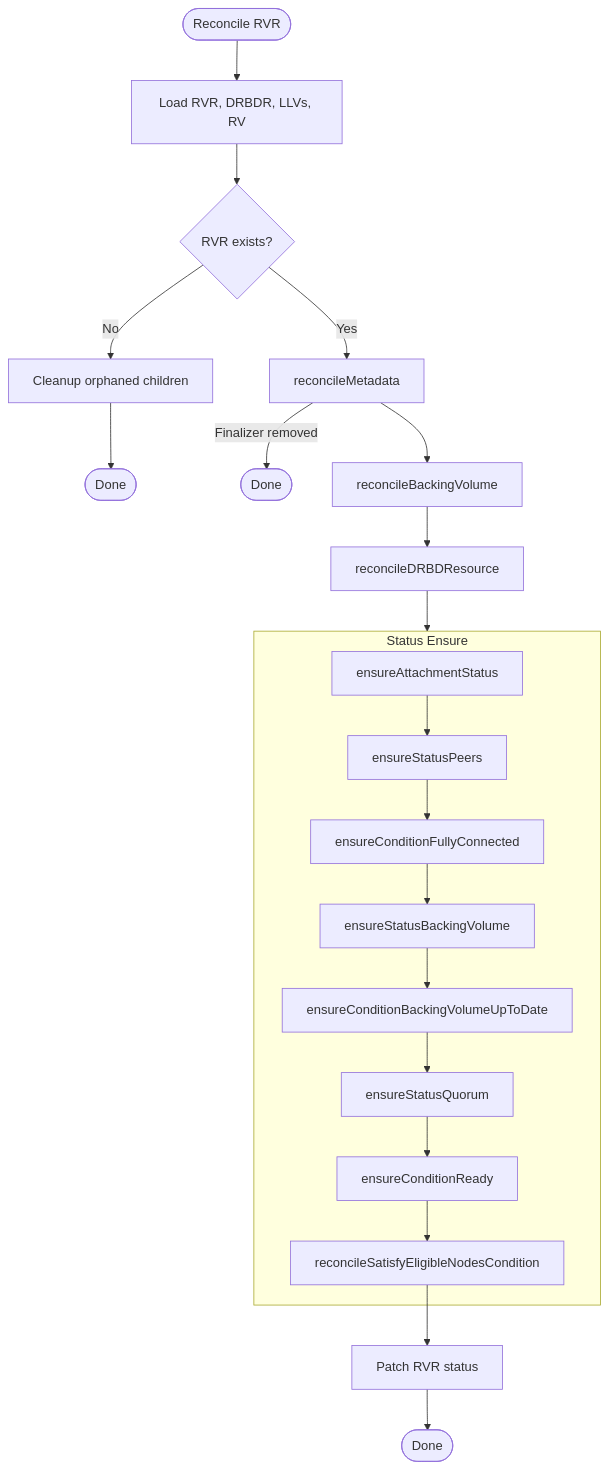
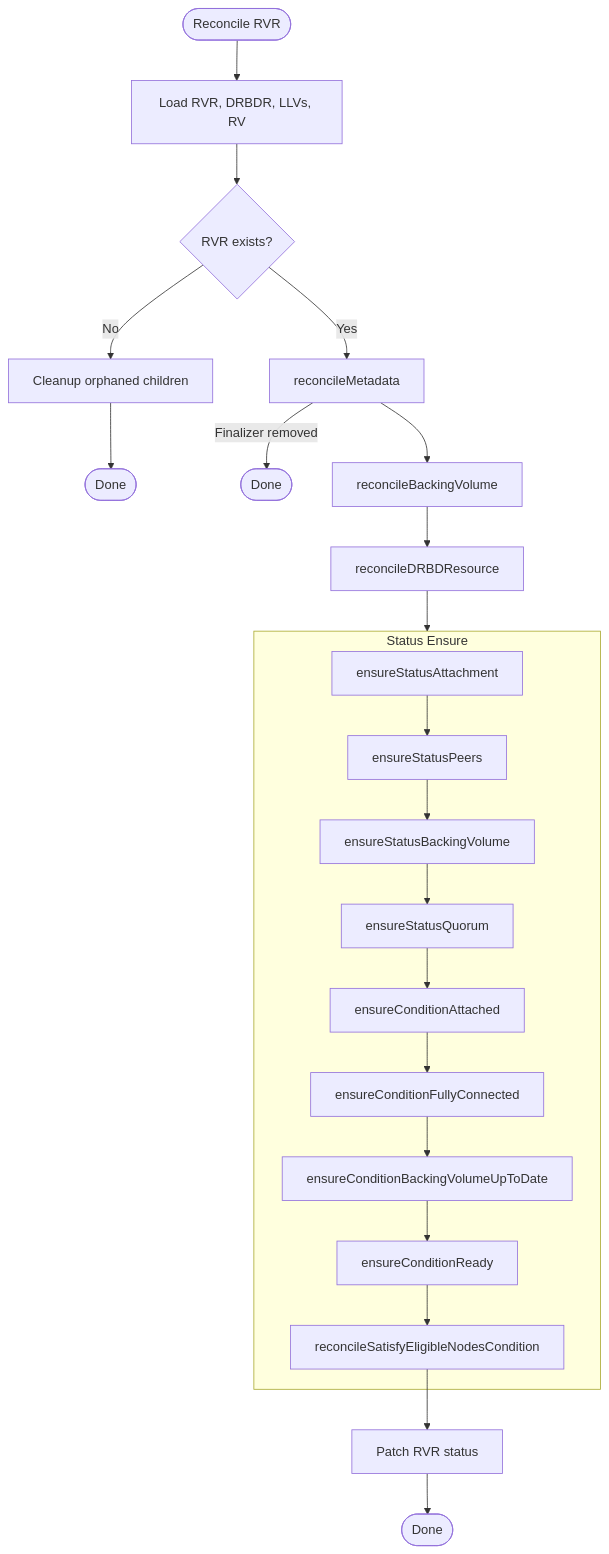
The first of 13 diagrams in images/controller/internal/controllers/rvr_controller/README.md (deckhouse/sds-replicated-volume), drawn with Mermaid before and after one commit. The commit also changed other lines of this file and 6 other files, not shown here.

First line of the commit message:
[controller/rvr] Refactor attachment status into separate struct and split ensure function

````diff
--- a/images/controller/internal/controllers/rvr_controller/README.md
+++ b/images/controller/internal/controllers/rvr_controller/README.md
@@ -117,29 +116,30 @@
 ```mermaid
 flowchart TD
     Start([Reconcile RVR]) --> Load[Load RVR, DRBDR, LLVs, RV]
     Load --> CheckExists{RVR exists?}
 
     CheckExists -->|No| Cleanup[Cleanup orphaned children]
     Cleanup --> Done1([Done])
 
     CheckExists -->|Yes| Meta[reconcileMetadata]
     Meta -->|Finalizer removed| Done2([Done])
     Meta --> BV[reconcileBackingVolume]
     BV --> DRBDR[reconcileDRBDResource]
 
     DRBDR --> StatusBlock
 
     subgraph StatusBlock [Status Ensure]
-        Attach[ensureAttachmentStatus]
-        Attach --> Peers[ensureStatusPeers]
-        Peers --> PeersCond[ensureConditionFullyConnected]
-        PeersCond --> BVStatus[ensureStatusBackingVolume]
-        BVStatus --> BVInSync[ensureConditionBackingVolumeUpToDate]
-        BVInSync --> StatusQuorum[ensureStatusQuorum]
-        StatusQuorum --> CondReady[ensureConditionReady]
+        StatusAttach[ensureStatusAttachment]
+        StatusAttach --> Peers[ensureStatusPeers]
+        Peers --> BVStatus[ensureStatusBackingVolume]
+        BVStatus --> StatusQuorum[ensureStatusQuorum]
+        StatusQuorum --> CondAttach[ensureConditionAttached]
+        CondAttach --> PeersCond[ensureConditionFullyConnected]
+        PeersCond --> BVInSync[ensureConditionBackingVolumeUpToDate]
+        BVInSync --> CondReady[ensureConditionReady]
         CondReady --> SEN[reconcileSatisfyEligibleNodesCondition]
     end
 
     SEN --> Patch[Patch RVR status]
     Patch --> EndNode([Done])
 ```
````
